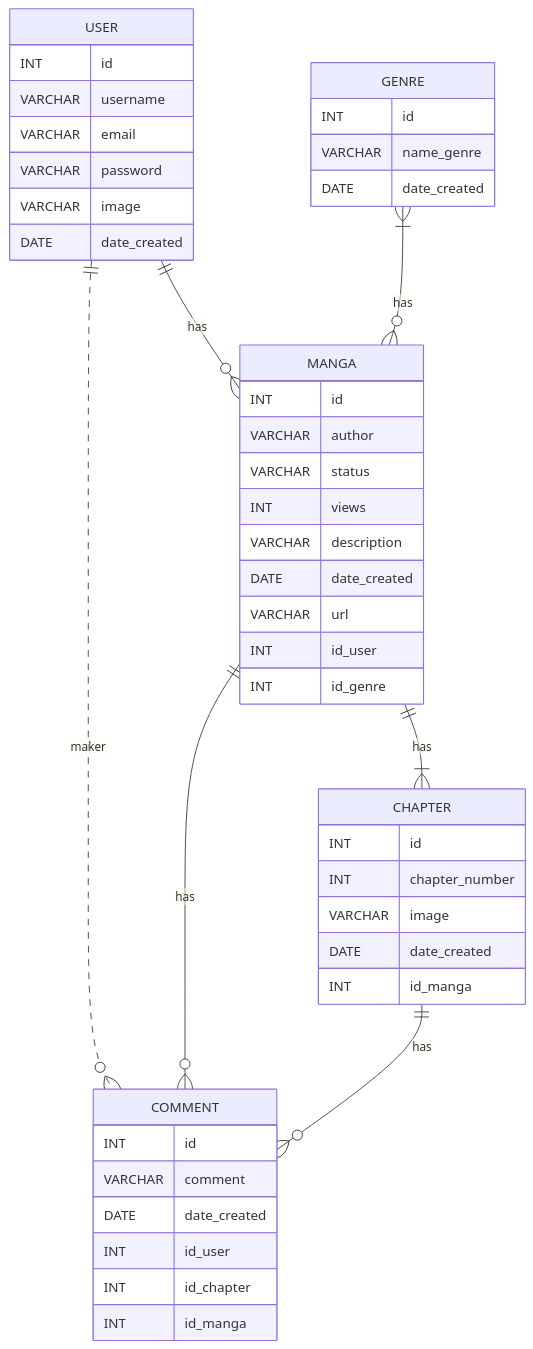
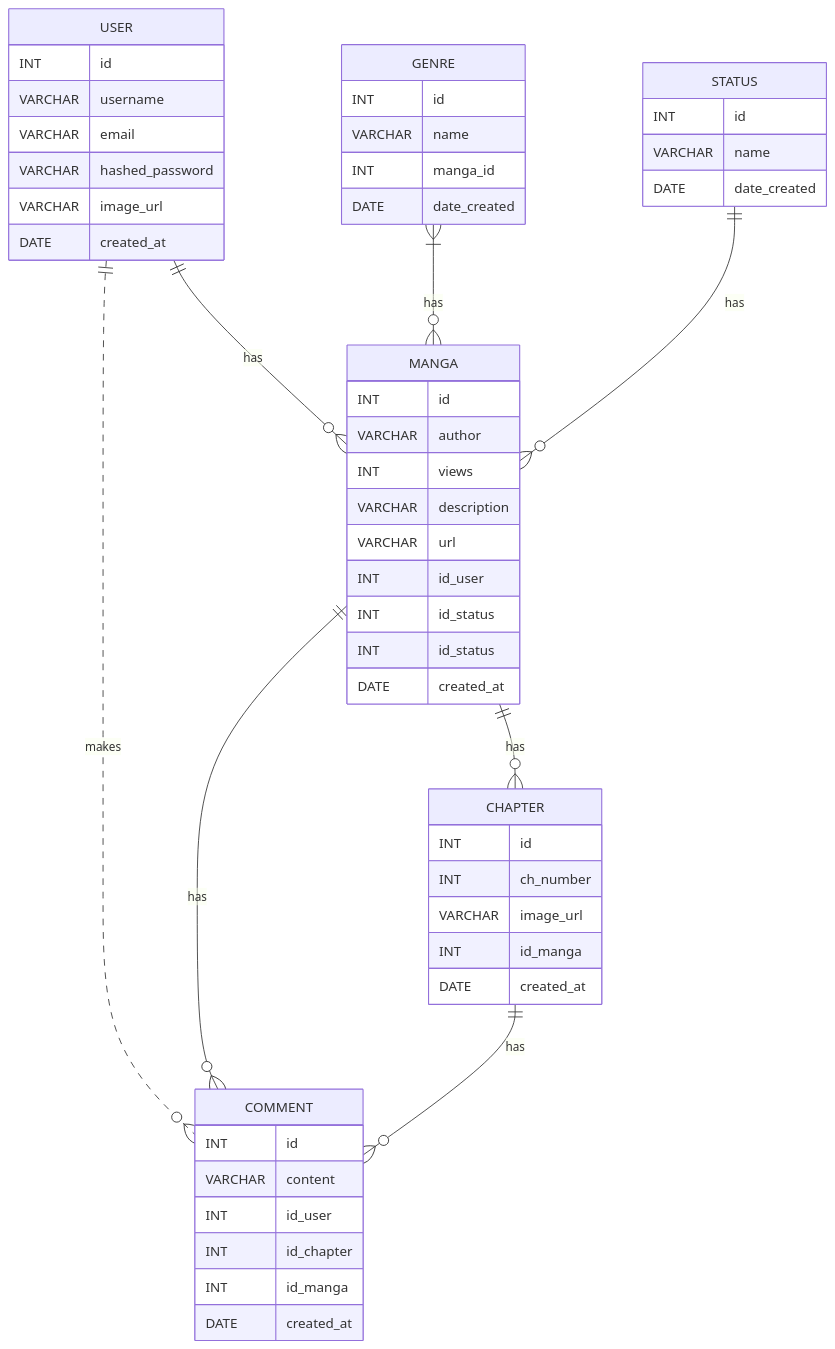
The diagram in docs/doc-modelo.md (Space-Racoons/manga-zen), drawn with Mermaid before and after one commit. The commit also changed other lines of this file, not shown here.

Commit message:
docs: Corrigindo modelo entidade relacionamento

````diff
--- a/docs/doc-modelo.md
+++ b/docs/doc-modelo.md
@@ -5,54 +5,61 @@
 ```mermaid
 erDiagram
-    USER ||..o{ COMMENT : maker
+    USER ||..o{ COMMENT : makes
     USER ||--o{ MANGA : has
-    MANGA ||--|{ CHAPTER : has
+    MANGA ||--o{ CHAPTER : has
     MANGA ||--o{ COMMENT : has
     CHAPTER ||--o{ COMMENT : has
     GENRE |{--o{  MANGA: has
+    STATUS ||--o{ MANGA: has
 
     USER {
         INT id
         VARCHAR  username
         VARCHAR  email
-        VARCHAR  password
-        VARCHAR  image
-        DATE date_created
+        VARCHAR  hashed_password
+        VARCHAR  image_url
+        DATE created_at
     }
 
     COMMENT{
         INT id
-        VARCHAR comment
-        DATE date_created
+        VARCHAR content
         INT id_user
         INT id_chapter
         INT id_manga
+        DATE created_at
     }
 
-     MANGA{
+    MANGA{
         INT id
-        VARCHAR  author
-        VARCHAR  status
-        INT      views
-        VARCHAR  description
-        DATE date_created
-        VARCHAR  url
+        VARCHAR author
+        INT views
+        VARCHAR description
+        VARCHAR url
         INT id_user
-        INT id_genre
+        INT id_status
+        INT id_status
+        DATE created_at
     }
 
     CHAPTER{
         INT id
-        INT  chapter_number
-        VARCHAR  image
-        DATE date_created
+        INT  ch_number
+        VARCHAR image_url
         INT id_manga
+        DATE created_at
     }
 
     GENRE{
         INT id
-        VARCHAR name_genre
+        VARCHAR name
+        INT manga_id
         DATE date_created
     }
 
+    STATUS{
+        INT id
+        VARCHAR name
+        DATE date_created
+    }
 ```
````
